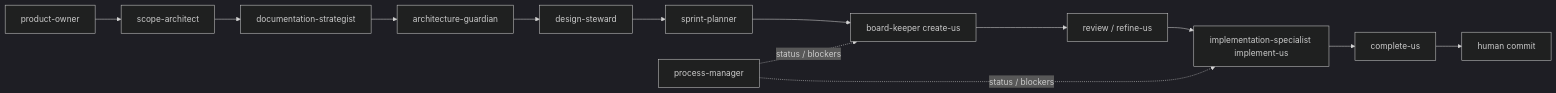
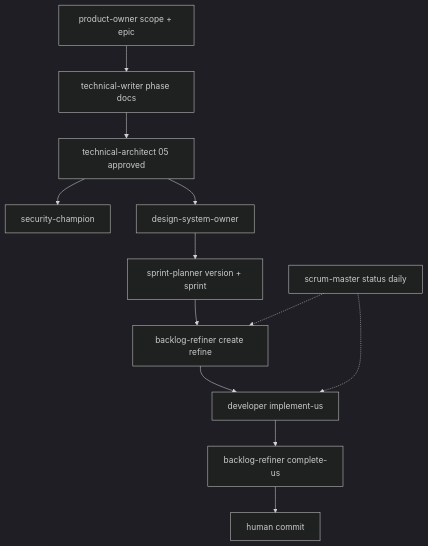
The diagram in .agent/references/plans/agent-roster-and-workflow-v11.md (colabcolibri/meridian), drawn with Mermaid (dark theme) before and after one commit. The commit also changed other lines of this file and 2 other files, not shown here.

First line of the commit message:
docs(kit): fechar roster Scrum v11 nos rules e planos G/H

````diff
--- a/.agent/references/plans/agent-roster-and-workflow-v11.md
+++ b/.agent/references/plans/agent-roster-and-workflow-v11.md
@@ -120,15 +152,22 @@
 ```mermaid
-flowchart LR
-  PO[product-owner] --> SA[scope-architect]
-  SA --> DS[documentation-strategist]
-  DS --> AG[architecture-guardian]
-  AG --> DST[design-steward]
-  DST --> SP[sprint-planner]
-  SP --> BK[board-keeper create-us]
-  BK --> BK2[review / refine-us]
-  BK2 --> IMP[implementation-specialist implement-us]
-  IMP --> BK3[complete-us]
-  BK3 --> H[human commit]
-  PM[process-manager] -.->|status / blockers| BK
-  PM -.->|status / blockers| IMP
+flowchart TB
+  PO[product-owner scope + epic]
+  TW[technical-writer phase docs]
+  TA[technical-architect 05 approved]
+  SC[security-champion]
+  DSO[design-system-owner]
+  SP[sprint-planner version + sprint]
+  BR[backlog-refiner create refine]
+  DEV[developer implement-us]
+  BR2[backlog-refiner complete-us]
+  SM[scrum-master status daily]
+  H[human commit]
+
+  PO --> TW --> TA
+  TA --> SC
+  TA --> DSO
+  DSO --> SP --> BR
+  BR --> DEV --> BR2 --> H
+  SM -.-> BR
+  SM -.-> DEV
 ```
````
